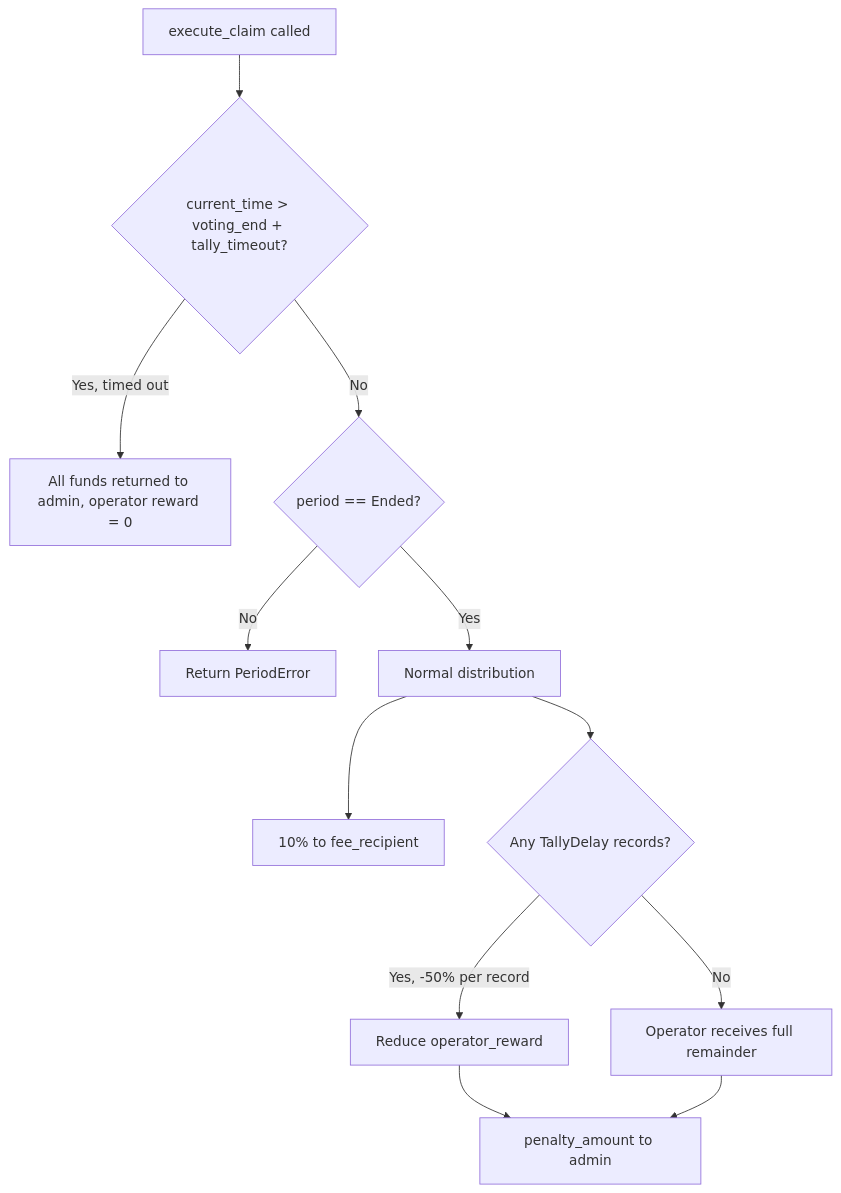
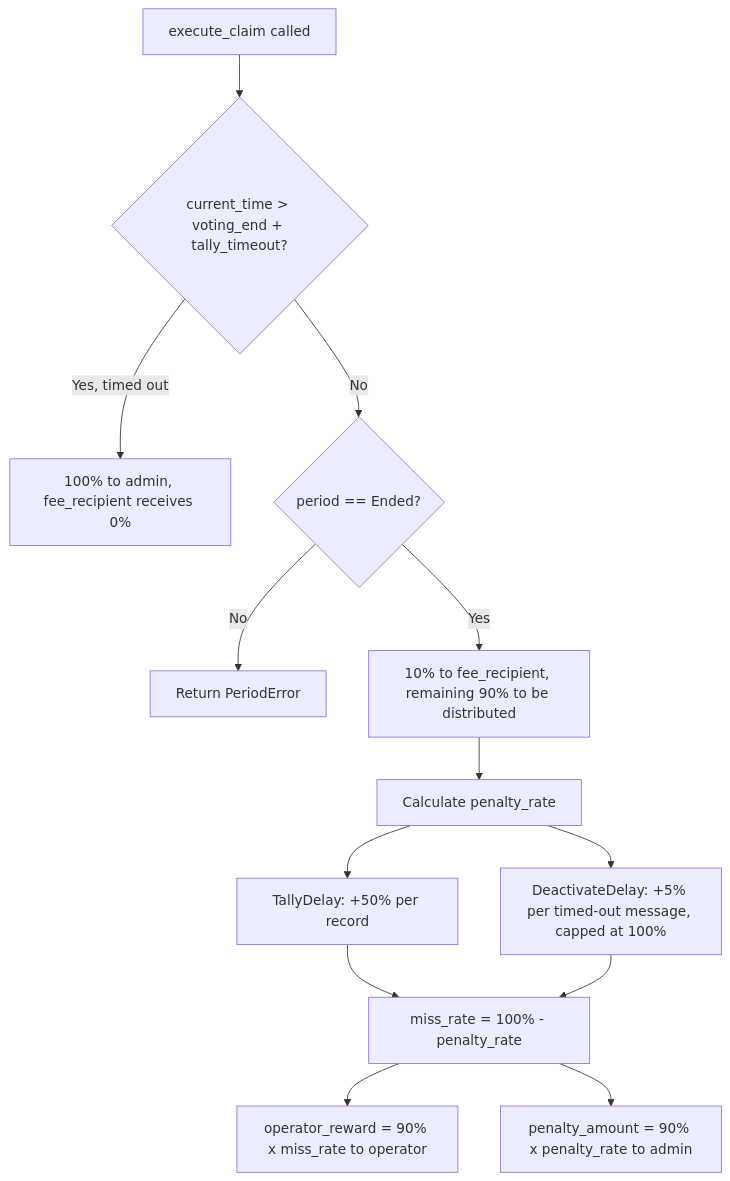
One commit to DoraFactory/maci changed the diagram in docs/content/en/docs/contracts/delay-structure.mdx. Above: the diagram before and after it, drawn with Mermaid. The commit also changed other lines of this file and 8 other files, not shown here.

````diff
--- a/docs/content/en/docs/contracts/delay-structure.mdx
+++ b/docs/content/en/docs/contracts/delay-structure.mdx
@@ -97,14 +97,15 @@
 ```mermaid
 flowchart TD
-    A[execute_claim called] --> B{current_time > voting_end + tally_timeout?}
-    B -->|Yes, timed out| C[All funds returned to admin, operator reward = 0]
-    B -->|No| D{period == Ended?}
-    D -->|No| E[Return PeriodError]
-    D -->|Yes| F[Normal distribution]
-    F --> G[10% to fee_recipient]
-    F --> H{Any TallyDelay records?}
-    H -->|Yes, -50% per record| I[Reduce operator_reward]
-    H -->|No| J[Operator receives full remainder]
-    I --> K[penalty_amount to admin]
-    J --> K
+    A["execute_claim called"] --> B{"current_time > voting_end + tally_timeout?"}
+    B -->|"Yes, timed out"| C["100% to admin, fee_recipient receives 0%"]
+    B -->|"No"| D{"period == Ended?"}
+    D -->|"No"| E["Return PeriodError"]
+    D -->|"Yes"| F["10% to fee_recipient, remaining 90% to be distributed"]
+    F --> G["Calculate penalty_rate"]
+    G --> H["TallyDelay: +50% per record"]
+    G --> I["DeactivateDelay: +5% per timed-out message, capped at 100%"]
+    H --> J["miss_rate = 100% - penalty_rate"]
+    I --> J
+    J --> K["operator_reward = 90% x miss_rate to operator"]
+    J --> L["penalty_amount = 90% x penalty_rate to admin"]
 ```
````
